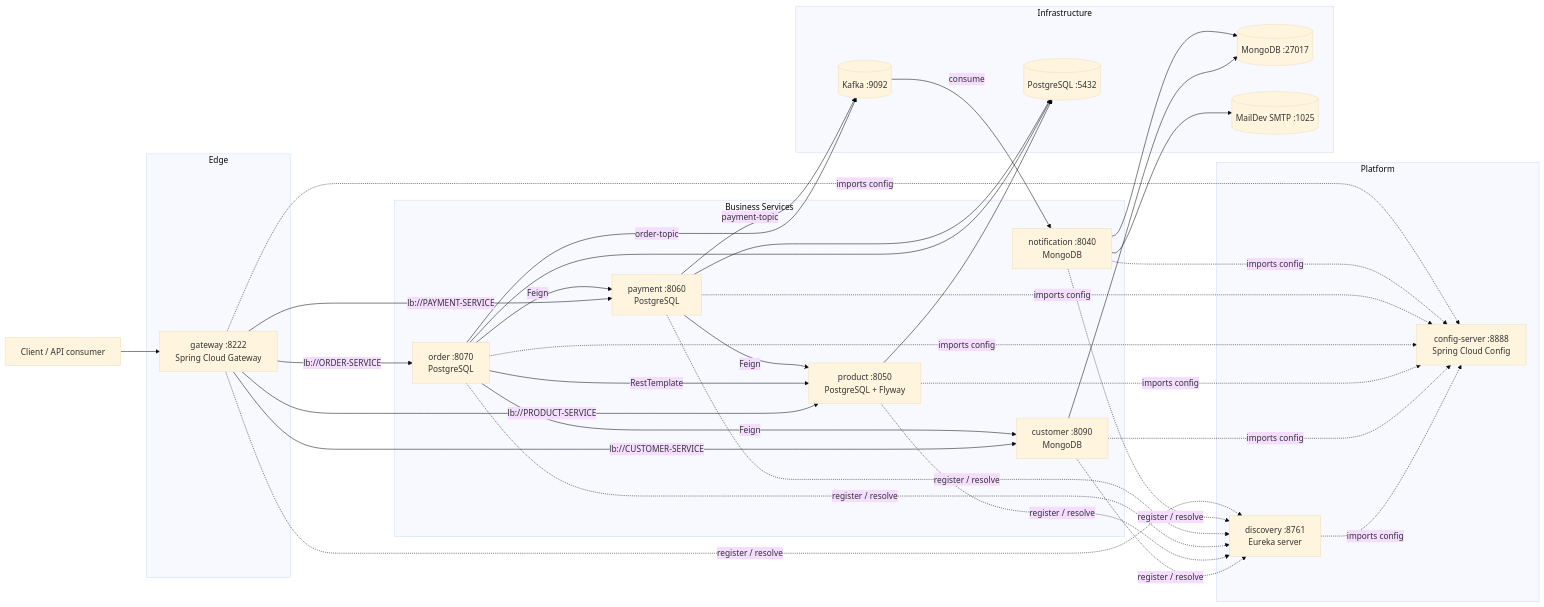
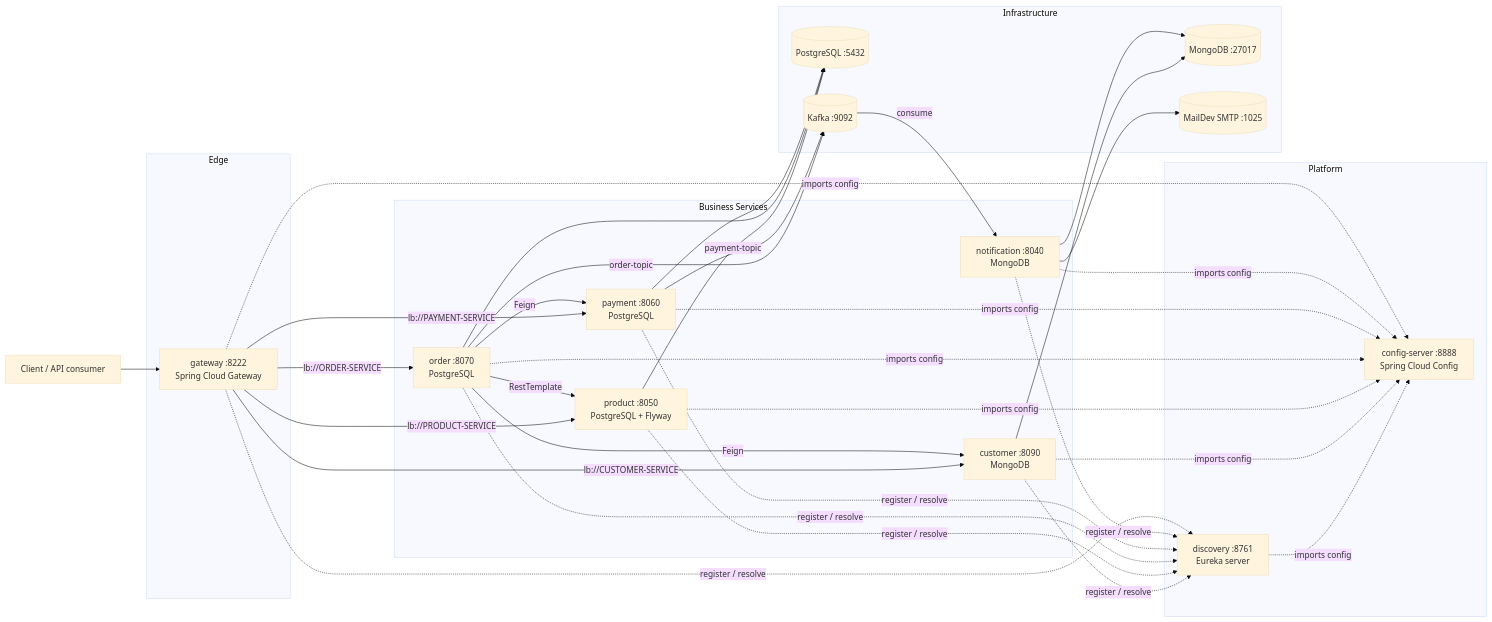
One commit to Iyedchaabane/microservices-ecommerce-platform changed the diagram in README.md. Above: the diagram before and after it, drawn with Mermaid (base theme). The commit also changed other lines of this file and 1 other file, not shown here.

````diff
--- a/README.md
+++ b/README.md
@@ -59,54 +65,53 @@
 ```mermaid
 flowchart LR
     CLIENT[Client / API consumer]
 
     subgraph Edge
         GW["gateway :8222<br/>Spring Cloud Gateway"]
     end
 
     subgraph Platform
         CS["config-server :8888<br/>Spring Cloud Config"]
         DIS["discovery :8761<br/>Eureka server"]
     end
 
     subgraph Business Services
         CUST["customer :8090<br/>MongoDB"]
         PROD["product :8050<br/>PostgreSQL + Flyway"]
         ORDER["order :8070<br/>PostgreSQL"]
         PAY["payment :8060<br/>PostgreSQL"]
         NOTIF["notification :8040<br/>MongoDB"]
     end
 
     subgraph Infrastructure
         PG[(PostgreSQL :5432)]
         MONGO[(MongoDB :27017)]
         KAFKA[(Kafka :9092)]
         MAIL[(MailDev SMTP :1025)]
     end
 
     CLIENT --> GW
     GW -->|lb://CUSTOMER-SERVICE| CUST
     GW -->|lb://PRODUCT-SERVICE| PROD
     GW -->|lb://ORDER-SERVICE| ORDER
     GW -->|lb://PAYMENT-SERVICE| PAY
 
     CUST & PROD & ORDER & PAY & NOTIF & GW -.->|register / resolve| DIS
     DIS -.->|imports config| CS
     CUST & PROD & ORDER & PAY & NOTIF & GW -.->|imports config| CS
 
     ORDER -->|Feign| CUST
     ORDER -->|RestTemplate| PROD
     ORDER -->|Feign| PAY
-    PAY -->|Feign| PROD
 
     ORDER -->|order-topic| KAFKA
     PAY -->|payment-topic| KAFKA
     KAFKA -->|consume| NOTIF
 
     PROD --> PG
     ORDER --> PG
     PAY --> PG
     CUST --> MONGO
     NOTIF --> MONGO
     NOTIF --> MAIL
 ```
````
